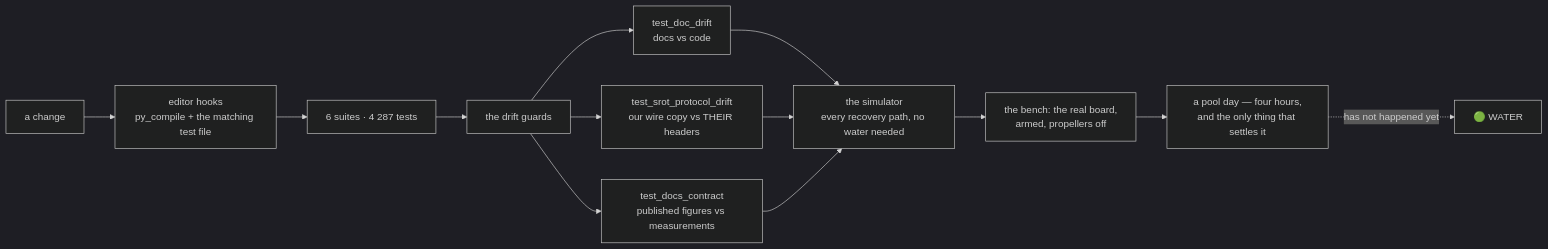
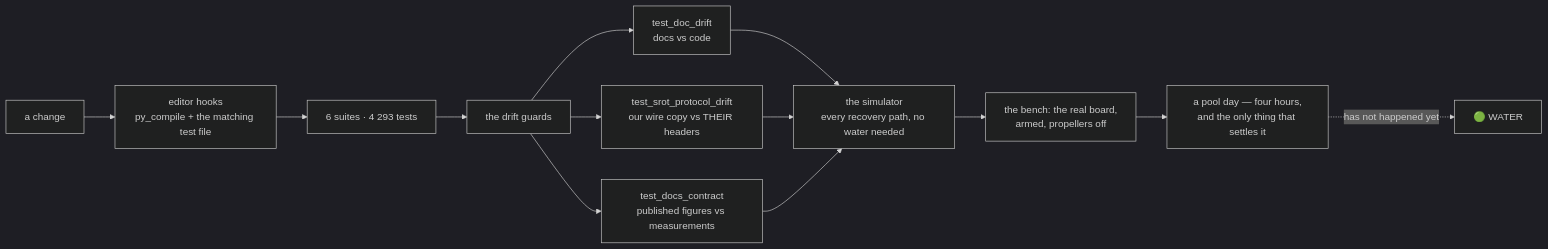
The ninth of 10 diagrams in README.md (fh1m/mongla_ws), drawn with Mermaid (dark theme) before and after one commit. The commit also changed other lines of this file and 18 other files, not shown here.

````diff
--- a/README.md
+++ b/README.md
@@ -752,15 +752,15 @@
 ```mermaid
 flowchart LR
     DEV["a change"] --> HOOK["editor hooks<br/>py_compile + the matching test file"]
-    HOOK --> UNIT["6 suites · 4 287 tests"]
+    HOOK --> UNIT["6 suites · 4 293 tests"]
     UNIT --> GUARD["the drift guards"]
     GUARD --> G1["test_doc_drift<br/>docs vs code"]
     GUARD --> G2["test_srot_protocol_drift<br/>our wire copy vs THEIR headers"]
     GUARD --> G3["test_docs_contract<br/>published figures vs measurements"]
     G1 --> SIM["the simulator<br/>every recovery path, no water needed"]
     G2 --> SIM
     G3 --> SIM
     SIM --> BENCH["the bench: the real board,<br/>armed, propellers off"]
     BENCH --> POOL["a pool day — four hours,<br/>and the only thing that settles it"]
     POOL -.->|"has not happened yet"| WATER["🟢 WATER"]
 ```
````
